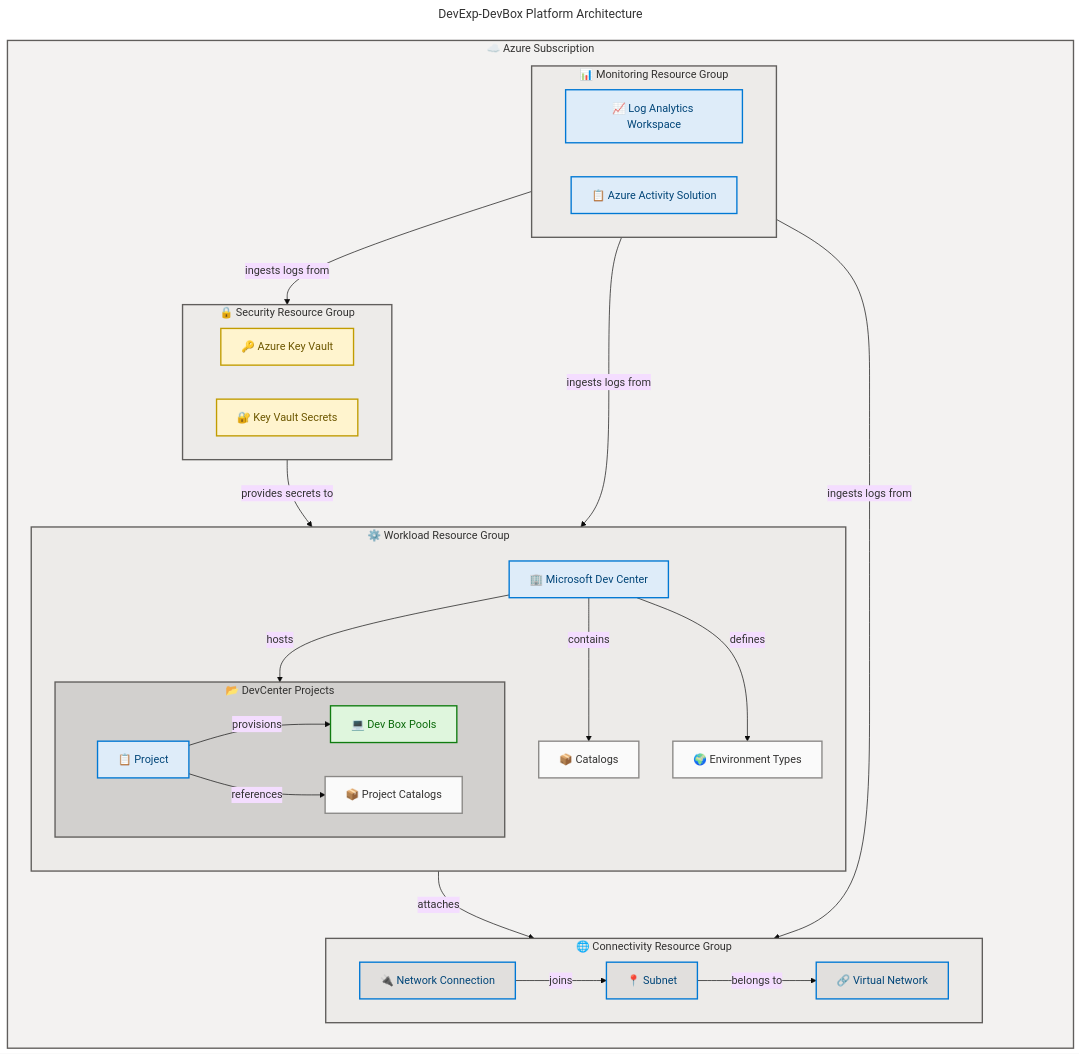
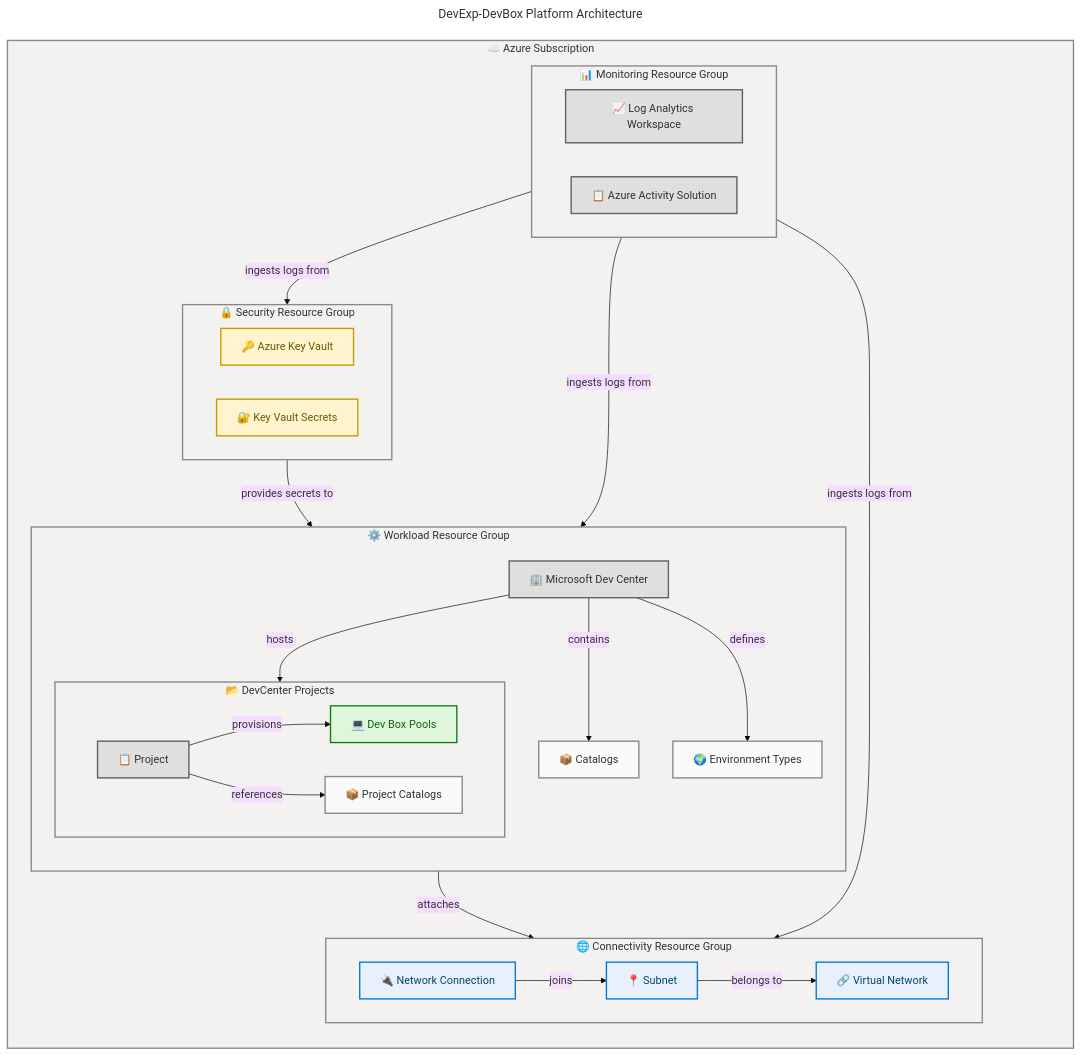
Before and after one commit to Evilazaro/DevExp-DevBox: the first of 2 diagrams in README.md, drawn with Mermaid. The commit also changed other lines of this file, not shown here.

Commit message:
docs: update color documentation in flowcharts for consistency and clarity

````diff
--- a/README.md
+++ b/README.md
@@ -97,10 +97,10 @@
     %% ═══════════════════════════════════════════════════════════════════════════
 
     %% COLOR DOCUMENTATION
-    %% core (#DEECF9) — Process/API layers (DevCenter, projects, monitoring)
+    %% core (#E1DFDD) — Process/API layers (DevCenter, projects, monitoring)
     %% success (#DFF6DD) — Deployment pools, provisioned resources
     %% warning (#FFF4CE) — Security-sensitive resources (Key Vault, secrets)
-    %% data (#E1DFDD) — Network/external infrastructure (VNet, subnet)
+    %% data (#E8F1FB) — Network/external infrastructure (VNet, subnet)
     %% neutral (#FAFAFA) — Non-semantic supporting elements (catalogs, env types)
 
     subgraph subscription["☁️ Azure Subscription"]
@@ -153,18 +153,18 @@
     networkConn -->|"joins"| subnet
     subnet -->|"belongs to"| vnet
 
-    %% SUBGRAPH STYLING — hierarchical neutral fills (6 subgraphs = 6 style directives)
-    style subscription fill:#F3F2F1,stroke:#605E5C,stroke-width:2px,color:#323130
-    style monitoring fill:#EDEBE9,stroke:#605E5C,stroke-width:2px,color:#323130
-    style security fill:#EDEBE9,stroke:#605E5C,stroke-width:2px,color:#323130
-    style workload fill:#EDEBE9,stroke:#605E5C,stroke-width:2px,color:#323130
-    style projects fill:#D2D0CE,stroke:#605E5C,stroke-width:2px,color:#323130
-    style connectivity fill:#EDEBE9,stroke:#605E5C,stroke-width:2px,color:#323130
+    %% SUBGRAPH STYLING — uniform neutral fills (6 subgraphs = 6 style directives)
+    style subscription fill:#F3F2F1,stroke:#8A8886,stroke-width:2px,color:#323130
+    style monitoring fill:#F3F2F1,stroke:#8A8886,stroke-width:2px,color:#323130
+    style security fill:#F3F2F1,stroke:#8A8886,stroke-width:2px,color:#323130
+    style workload fill:#F3F2F1,stroke:#8A8886,stroke-width:2px,color:#323130
+    style projects fill:#F3F2F1,stroke:#8A8886,stroke-width:2px,color:#323130
+    style connectivity fill:#F3F2F1,stroke:#8A8886,stroke-width:2px,color:#323130
 
     %% Centralized classDef palette (canonical — max 5 semantic classes)
-    classDef core fill:#DEECF9,stroke:#0078D4,stroke-width:2px,color:#004578
+    classDef core fill:#E1DFDD,stroke:#605E5C,stroke-width:2px,color:#323130
     classDef success fill:#DFF6DD,stroke:#107C10,stroke-width:2px,color:#0B6A0B
     classDef warning fill:#FFF4CE,stroke:#C19C00,stroke-width:2px,color:#6D5700
-    classDef data fill:#E1DFDD,stroke:#0078D4,stroke-width:2px,color:#004578
+    classDef data fill:#E8F1FB,stroke:#0078D4,stroke-width:2px,color:#004578
     classDef neutral fill:#FAFAFA,stroke:#8A8886,stroke-width:2px,color:#323130
 ```
````
